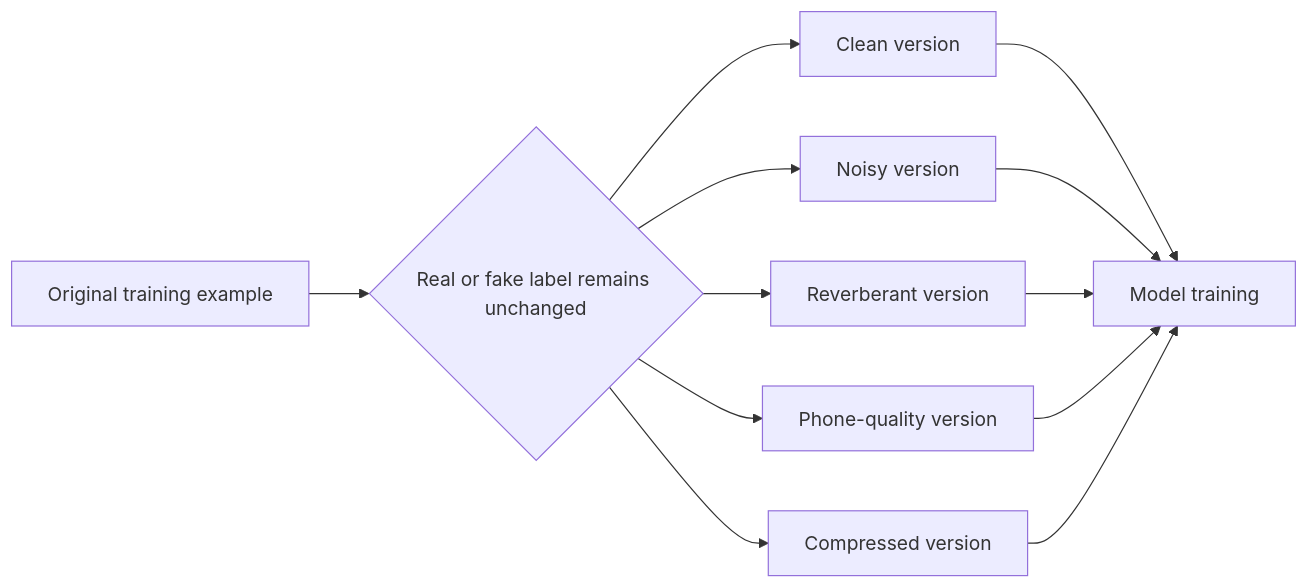
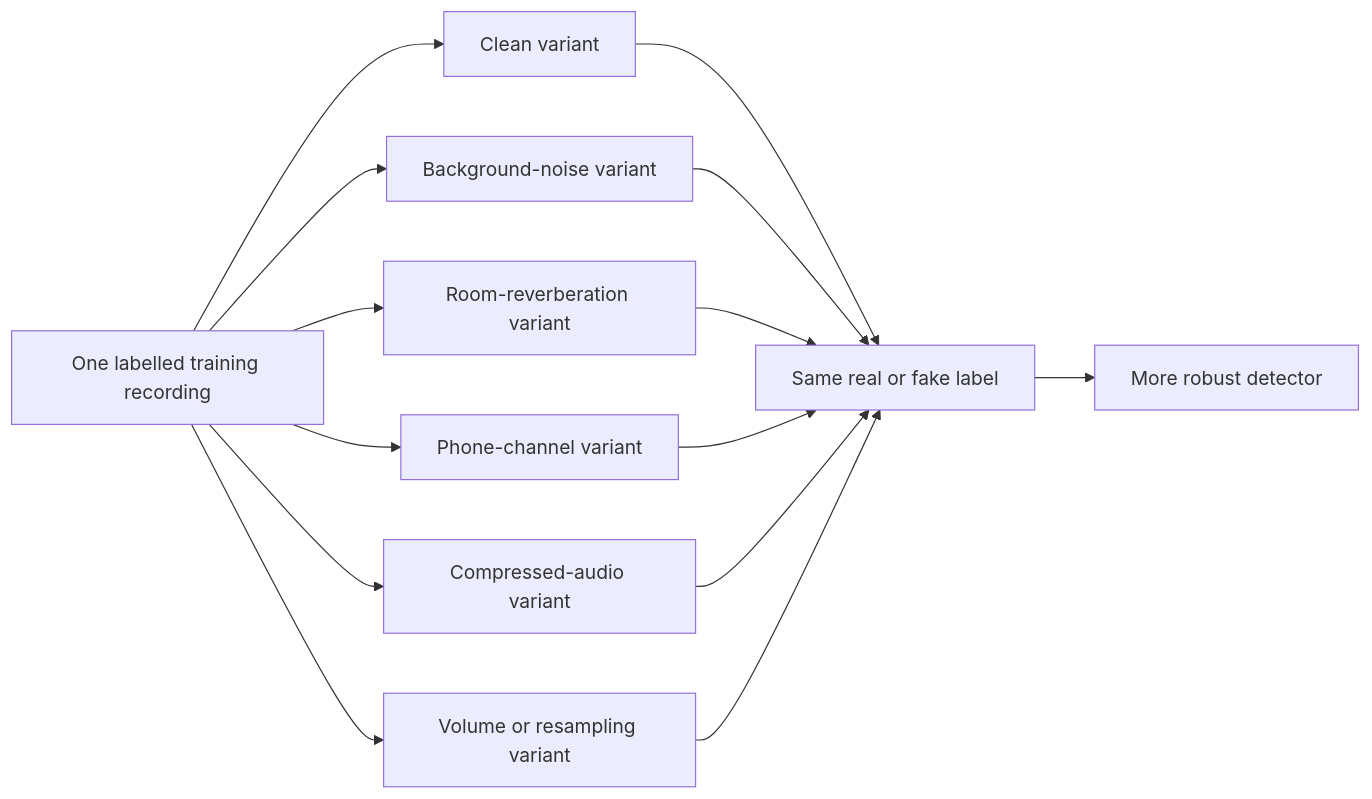
The eighth of 9 diagrams in README.md (njhari-07/SvaraSentry), drawn with Mermaid before and after one commit. The commit also changed other lines of this file, not shown here.

````diff
--- a/README.md
+++ b/README.md
@@ -319,14 +372,16 @@
 ```mermaid
 flowchart LR
-    A[Original training example] --> B{Real or fake label remains unchanged}
-    B --> C[Clean version]
-    B --> D[Noisy version]
-    B --> E[Reverberant version]
-    B --> F[Phone-quality version]
-    B --> G[Compressed version]
-    C --> H[Model training]
+    A[One labelled training recording] --> B[Clean variant]
+    A --> C[Background-noise variant]
+    A --> D[Room-reverberation variant]
+    A --> E[Phone-channel variant]
+    A --> F[Compressed-audio variant]
+    A --> G[Volume or resampling variant]
+    B --> H[Same real or fake label]
+    C --> H
     D --> H
     E --> H
     F --> H
     G --> H
+    H --> I[More robust detector]
 ```
````
